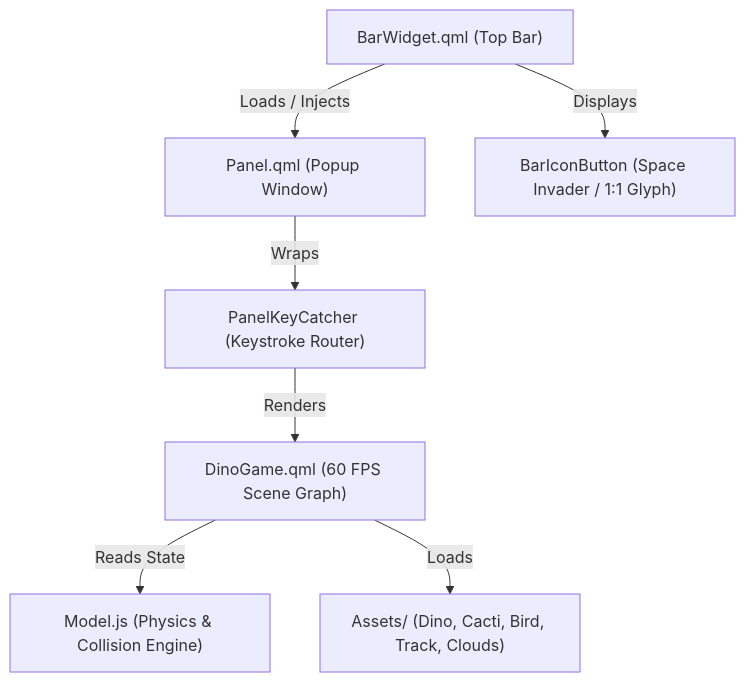
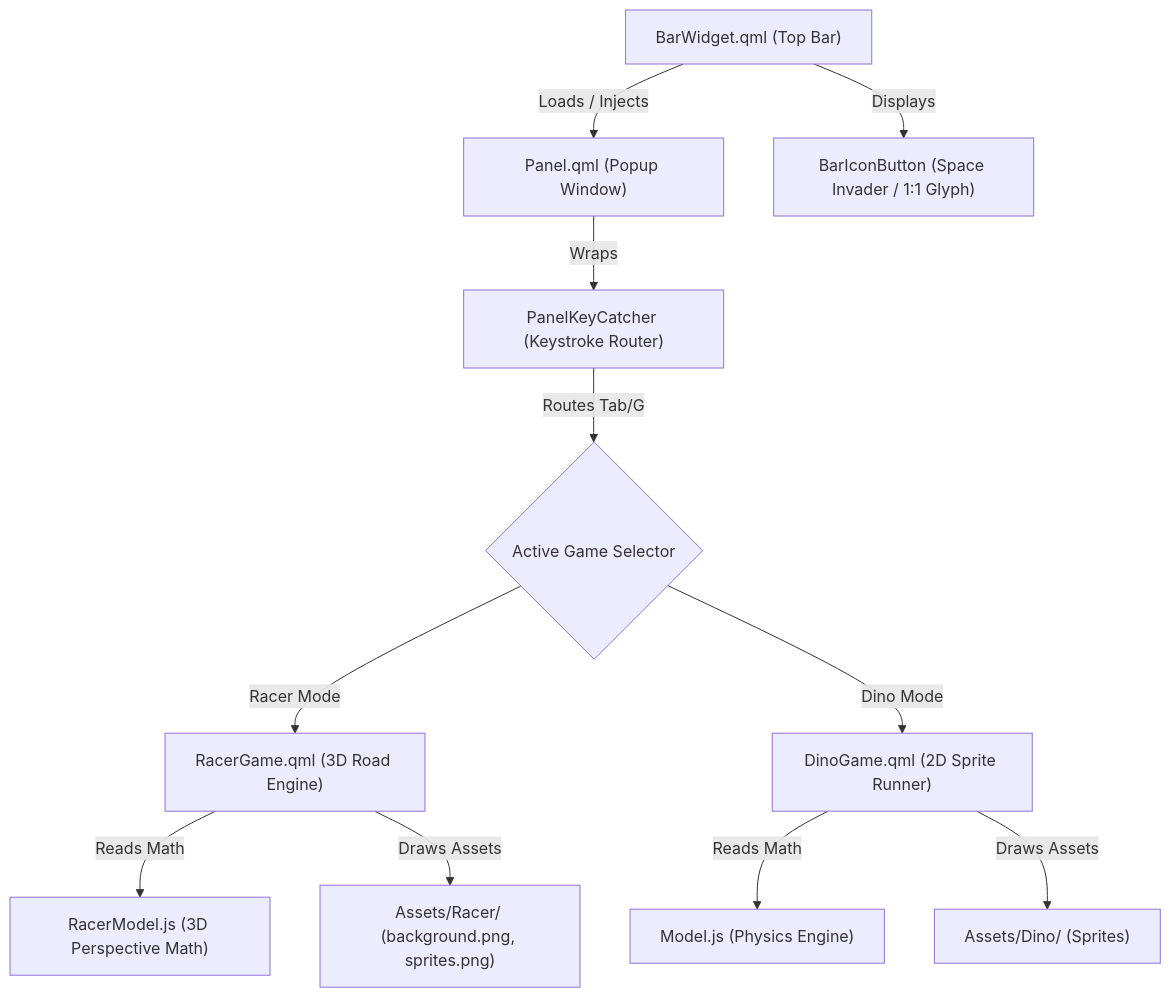
One commit to oppenheimer-rick/omarchy-racer changed the diagram in DOCUMENTATION.md. Above: the diagram before and after it, drawn with Mermaid. The commit also changed other lines of this file and 10 other files, not shown here.

Commit message:
feat: make OutRun Racer default and update README and DOCUMENTATION with Tab switching

````diff
--- a/DOCUMENTATION.md
+++ b/DOCUMENTATION.md
@@ -114,9 +128,13 @@
 ```mermaid
 graph TD
     BarWidget["BarWidget.qml (Top Bar)"] -->|Loads / Injects| Panel["Panel.qml (Popup Window)"]
     BarWidget -->|Displays| Icon["BarIconButton (Space Invader / 1:1 Glyph)"]
     Panel -->|Wraps| KeyCatcher["PanelKeyCatcher (Keystroke Router)"]
-    KeyCatcher -->|Renders| DinoGame["DinoGame.qml (60 FPS Scene Graph)"]
-    DinoGame -->|Reads State| Model["Model.js (Physics & Collision Engine)"]
-    DinoGame -->|Loads| Assets["Assets/ (Dino, Cacti, Bird, Track, Clouds)"]
+    KeyCatcher -->|Routes Tab/G| Switcher{"Active Game Selector"}
+    Switcher -->|Racer Mode| Racer["RacerGame.qml (3D Road Engine)"]
+    Switcher -->|Dino Mode| Dino["DinoGame.qml (2D Sprite Runner)"]
+    Racer -->|Reads Math| RacerModel["RacerModel.js (3D Perspective Math)"]
+    Racer -->|Draws Assets| RacerAssets["Assets/Racer/ (background.png, sprites.png)"]
+    Dino -->|Reads Math| DinoModel["Model.js (Physics Engine)"]
+    Dino -->|Draws Assets| DinoAssets["Assets/Dino/ (Sprites)"]
 ```
````
